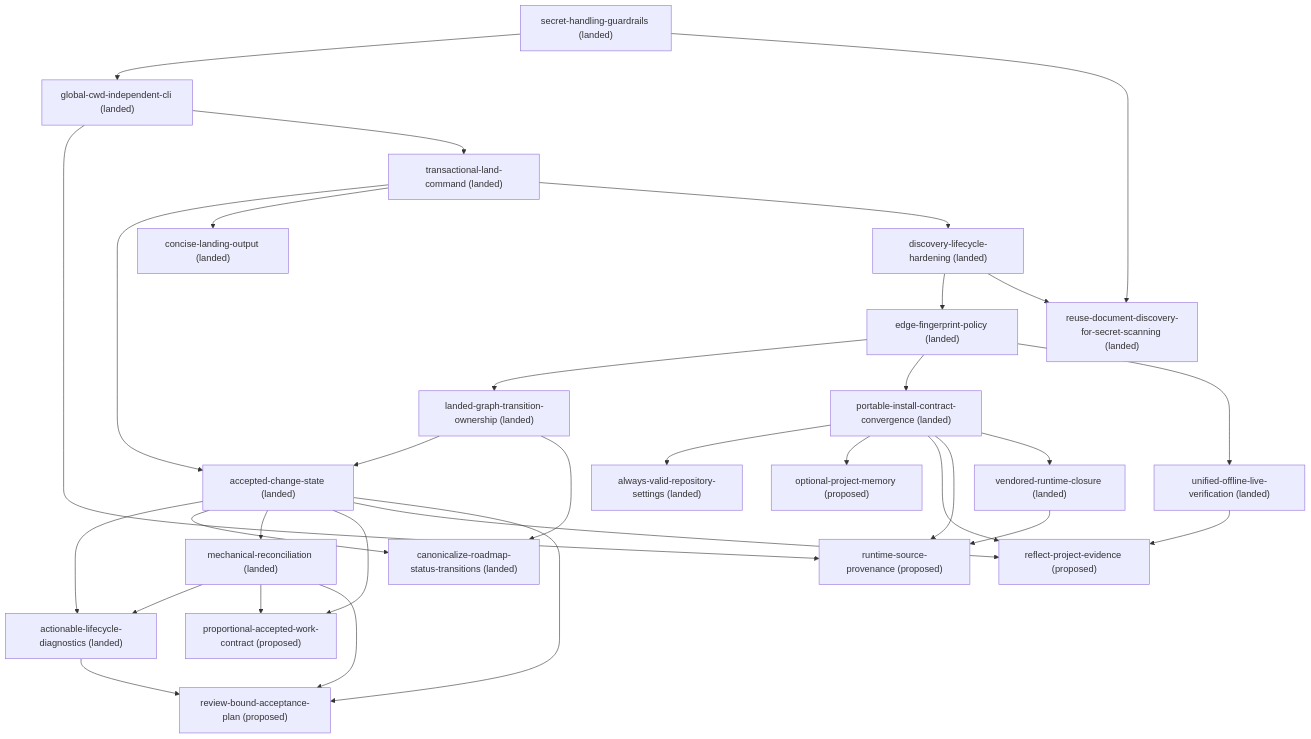
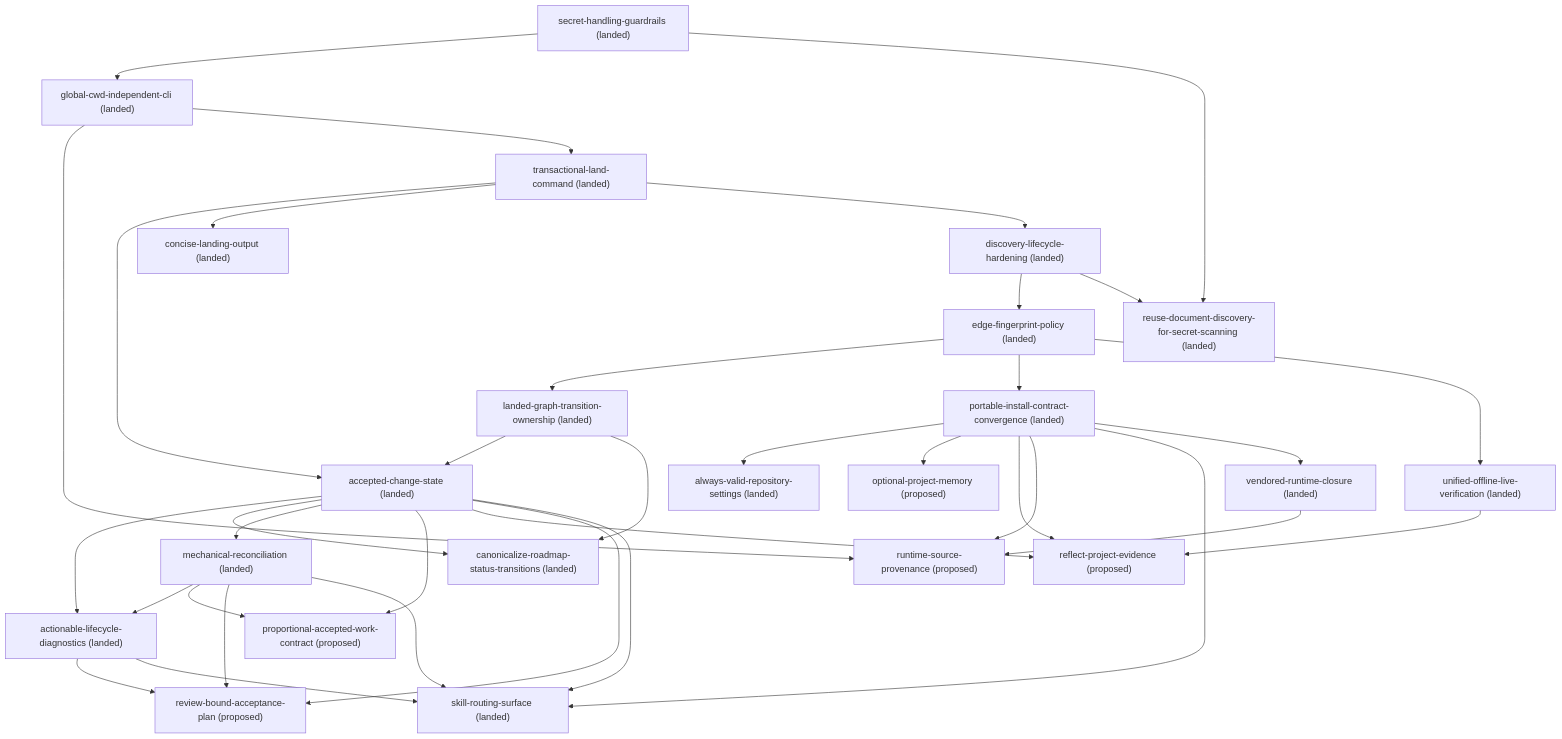
Before and after one commit to kli66/doc-contract: the diagram in docs/roadmap.md, drawn with Mermaid. The commit also changed other lines of this file and 5 other files, not shown here.

````diff
--- a/docs/roadmap.md
+++ b/docs/roadmap.md
@@ -55,55 +56,60 @@
 ```mermaid
 flowchart TD
     accepted_change_state["accepted-change-state (landed)"]
     actionable_lifecycle_diagnostics["actionable-lifecycle-diagnostics (landed)"]
     always_valid_repository_settings["always-valid-repository-settings (landed)"]
     canonicalize_roadmap_status_transitions["canonicalize-roadmap-status-transitions (landed)"]
     concise_landing_output["concise-landing-output (landed)"]
     discovery_lifecycle_hardening["discovery-lifecycle-hardening (landed)"]
     edge_fingerprint_policy["edge-fingerprint-policy (landed)"]
     global_cwd_independent_cli["global-cwd-independent-cli (landed)"]
     landed_graph_transition_ownership["landed-graph-transition-ownership (landed)"]
     mechanical_reconciliation["mechanical-reconciliation (landed)"]
     optional_project_memory["optional-project-memory (proposed)"]
     portable_install_contract_convergence["portable-install-contract-convergence (landed)"]
     proportional_accepted_work_contract["proportional-accepted-work-contract (proposed)"]
     reflect_project_evidence["reflect-project-evidence (proposed)"]
     reuse_document_discovery_for_secret_scanning["reuse-document-discovery-for-secret-scanning (landed)"]
     review_bound_acceptance_plan["review-bound-acceptance-plan (proposed)"]
     runtime_source_provenance["runtime-source-provenance (proposed)"]
     secret_handling_guardrails["secret-handling-guardrails (landed)"]
+    skill_routing_surface["skill-routing-surface (landed)"]
     transactional_land_command["transactional-land-command (landed)"]
     unified_offline_live_verification["unified-offline-live-verification (landed)"]
     vendored_runtime_closure["vendored-runtime-closure (landed)"]
     accepted_change_state --> actionable_lifecycle_diagnostics
     accepted_change_state --> canonicalize_roadmap_status_transitions
     accepted_change_state --> mechanical_reconciliation
     accepted_change_state --> proportional_accepted_work_contract
     accepted_change_state --> reflect_project_evidence
     accepted_change_state --> review_bound_acceptance_plan
+    accepted_change_state --> skill_routing_surface
     actionable_lifecycle_diagnostics --> review_bound_acceptance_plan
+    actionable_lifecycle_diagnostics --> skill_routing_surface
     discovery_lifecycle_hardening --> edge_fingerprint_policy
     discovery_lifecycle_hardening --> reuse_document_discovery_for_secret_scanning
     edge_fingerprint_policy --> landed_graph_transition_ownership
     edge_fingerprint_policy --> portable_install_contract_convergence
     edge_fingerprint_policy --> unified_offline_live_verification
     global_cwd_independent_cli --> runtime_source_provenance
     global_cwd_independent_cli --> transactional_land_command
     landed_graph_transition_ownership --> accepted_change_state
     landed_graph_transition_ownership --> canonicalize_roadmap_status_transitions
     mechanical_reconciliation --> actionable_lifecycle_diagnostics
     mechanical_reconciliation --> proportional_accepted_work_contract
     mechanical_reconciliation --> review_bound_acceptance_plan
+    mechanical_reconciliation --> skill_routing_surface
     portable_install_contract_convergence --> always_valid_repository_settings
     portable_install_contract_convergence --> optional_project_memory
     portable_install_contract_convergence --> reflect_project_evidence
     portable_install_contract_convergence --> runtime_source_provenance
+    portable_install_contract_convergence --> skill_routing_surface
     portable_install_contract_convergence --> vendored_runtime_closure
     secret_handling_guardrails --> global_cwd_independent_cli
     secret_handling_guardrails --> reuse_document_discovery_for_secret_scanning
     transactional_land_command --> accepted_change_state
     transactional_land_command --> concise_landing_output
     transactional_land_command --> discovery_lifecycle_hardening
     unified_offline_live_verification --> reflect_project_evidence
     vendored_runtime_closure --> runtime_source_provenance
 ```
````
